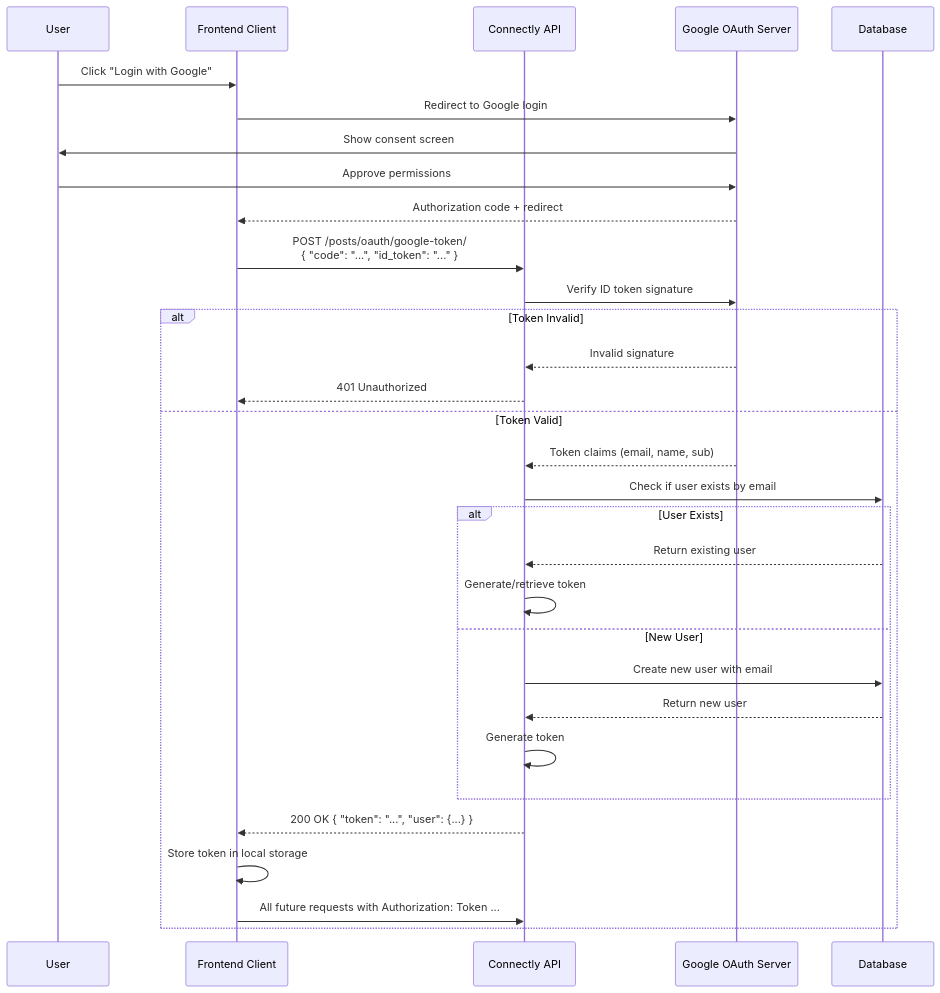
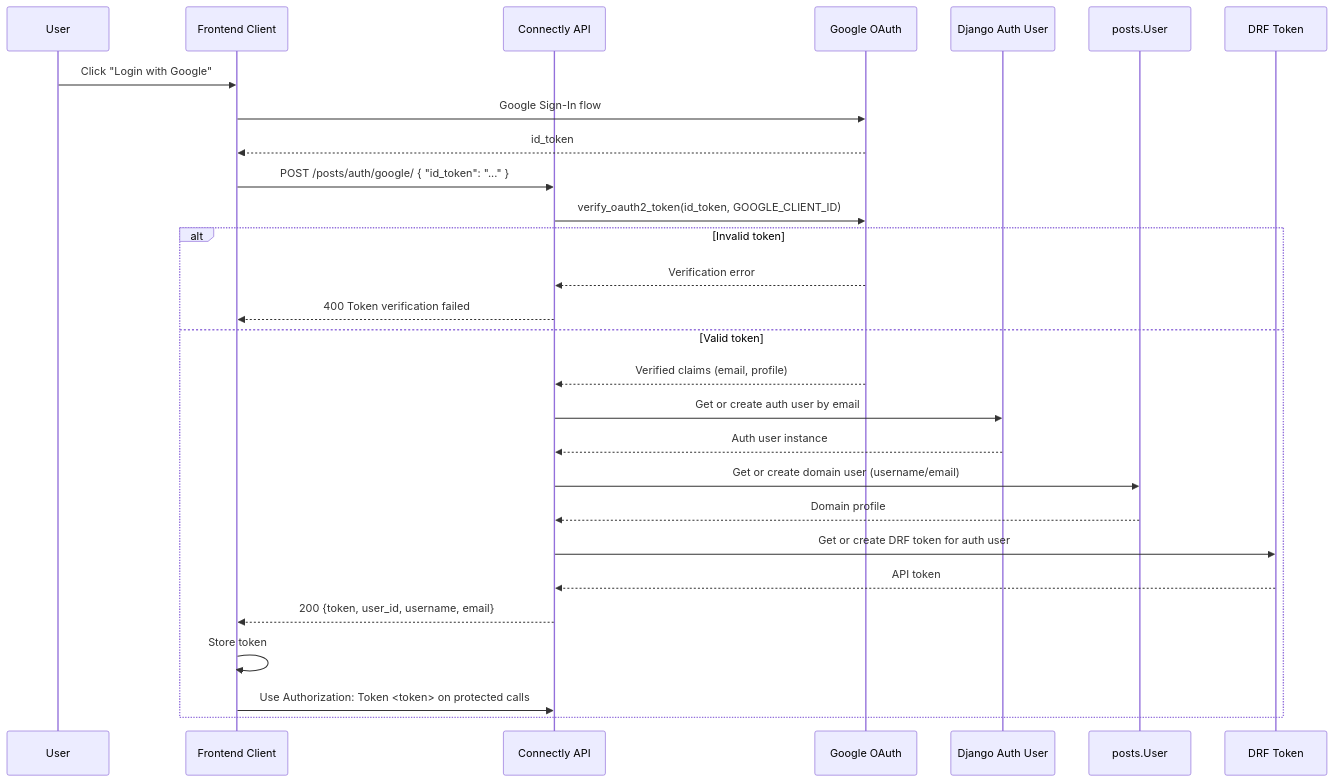
One commit to ShakiraCasusi/Connectly changed the fifth of 5 diagrams in README.md. Above: the diagram before and after it, drawn with Mermaid. The commit also changed other lines of this file, not shown here.

````diff
--- a/README.md
+++ b/README.md
@@ -279,37 +342,35 @@
 ```mermaid
 sequenceDiagram
     participant User as User
     participant Client as Frontend Client
     participant API as Connectly API
-    participant Google as Google OAuth Server
-    participant DB as Database
+    participant Google as Google OAuth
+    participant AuthDB as Django Auth User
+    participant DomainDB as posts.User
+    participant TokenDB as DRF Token
 
     User->>Client: Click "Login with Google"
-    Client->>Google: Redirect to Google login
-    Google->>User: Show consent screen
-    User->>Google: Approve permissions
-    Google-->>Client: Authorization code + redirect
-    Client->>API: POST /posts/oauth/google-token/<br/>{ "code": "...", "id_token": "..." }
-    
-    API->>Google: Verify ID token signature
-    alt Token Invalid
-        Google-->>API: Invalid signature
-        API-->>Client: 401 Unauthorized
-    else Token Valid
-        Google-->>API: Token claims (email, name, sub)
-        API->>DB: Check if user exists by email
-        
-        alt User Exists
-            DB-->>API: Return existing user
-            API->>API: Generate/retrieve token
-        else New User
-            API->>DB: Create new user with email
-            DB-->>API: Return new user
-            API->>API: Generate token
-        end
-        
-        API-->>Client: 200 OK { "token": "...", "user": {...} }
-        Client->>Client: Store token in local storage
-        Client->>API: All future requests with Authorization: Token ...
+    Client->>Google: Google Sign-In flow
+    Google-->>Client: id_token
+    Client->>API: POST /posts/auth/google/ { "id_token": "..." }
+
+    API->>Google: verify_oauth2_token(id_token, GOOGLE_CLIENT_ID)
+    alt Invalid token
+        Google-->>API: Verification error
+        API-->>Client: 400 Token verification failed
+    else Valid token
+        Google-->>API: Verified claims (email, profile)
+        API->>AuthDB: Get or create auth user by email
+        AuthDB-->>API: Auth user instance
+
+        API->>DomainDB: Get or create domain user (username/email)
+        DomainDB-->>API: Domain profile
+
+        API->>TokenDB: Get or create DRF token for auth user
+        TokenDB-->>API: API token
+
+        API-->>Client: 200 {token, user_id, username, email}
+        Client->>Client: Store token
+        Client->>API: Use Authorization: Token <token> on protected calls
     end
 ```
````
